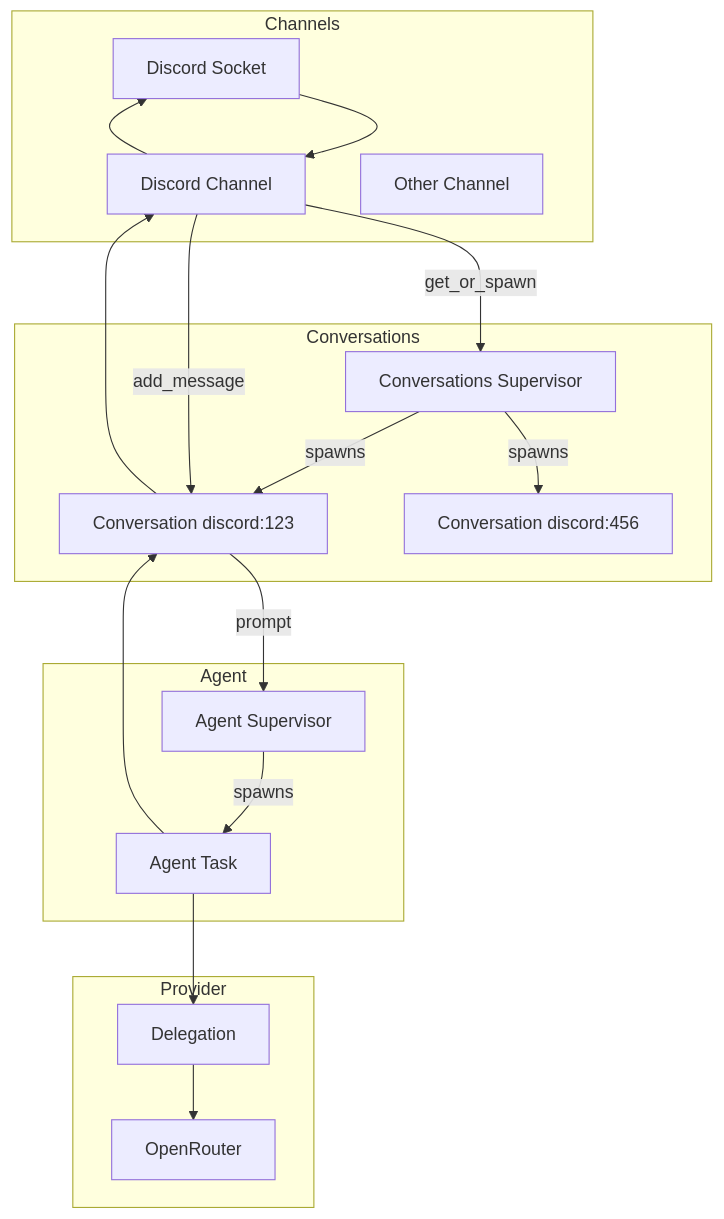
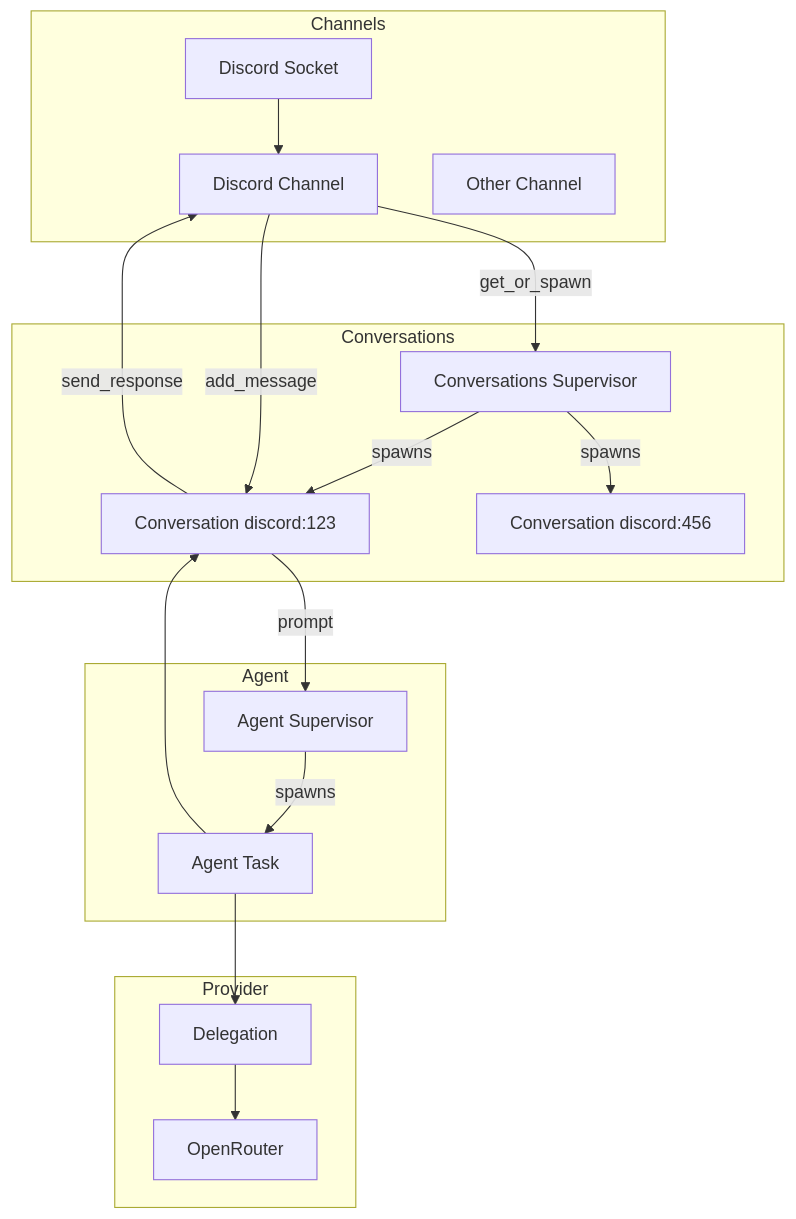
One commit to FloatingGhost/lobber changed the diagram in README.md. Above: the diagram before and after it, drawn with Mermaid.

````diff
--- a/README.md
+++ b/README.md
@@ -19,36 +19,35 @@
 ```mermaid
 graph TD
   subgraph Channels
-        DS[Discord Socket] --> DC[Discord Channel]
-        O[Other Channel]
+    DS[Discord Socket] --> DC[Discord Channel]
+    O[Other Channel]
   end
 
   subgraph Conversations
     DC -->|get_or_spawn| CONVS[Conversations Supervisor]
     CONVS -->|spawns| C1[Conversation discord:123]
     CONVS -->|spawns| C2[Conversation discord:456]
 
     DC --> |add_message| C1
-    C1 --> DC
-    DC --> DS
+    C1 --> |send_response| DC
   end
 
   subgraph Agent
     ASV[Agent Supervisor]
     ASV --> |spawns|AT[Agent Task]
 
     AT --> C1
 
     C1 --> |prompt| ASV
   end
 
   subgraph Provider
     DL[Delegation]
 
     OR[OpenRouter]
 
     DL --> OR
   end
 
   AT --> DL
 ```
````
